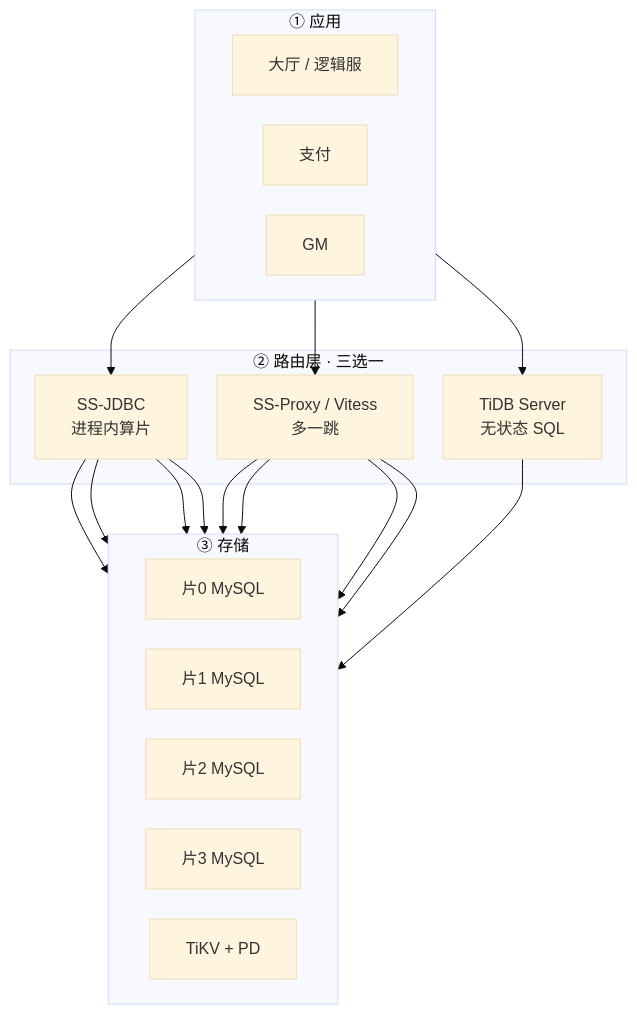
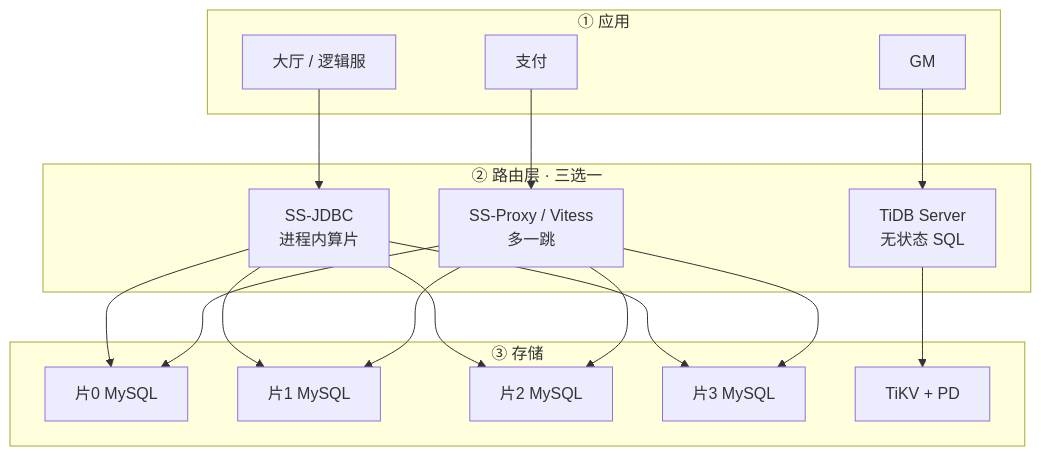
One commit to ml-cuizijun/LearnToLilith changed the second of 6 diagrams in 02-中间件与数据库/07-分库分表与中间件/知识点.md. Above: the diagram before and after it, drawn with Mermaid. The commit also changed other lines of this file and 178 other files, not shown here.

````diff
--- a/02-中间件与数据库/07-分库分表与中间件/知识点.md
+++ b/02-中间件与数据库/07-分库分表与中间件/知识点.md
@@ -104,44 +75,32 @@
 ```mermaid
-%%{init: {"flowchart": {"padding": 18, "nodeSpacing": 30, "rankSpacing": 50}, "theme": "base"}}%%
 flowchart TB
     subgraph app ["① 应用"]
-        direction LR
         hall[大厅 / 逻辑服]
         pay[支付]
         gm[GM]
     end
-
     subgraph mw ["② 路由层 · 三选一"]
         jdbc["SS-JDBC<br/>进程内算片"]
         proxy["SS-Proxy / Vitess<br/>多一跳"]
         tidb["TiDB Server<br/>无状态 SQL"]
     end
-
     subgraph store ["③ 存储"]
-        direction LR
         s0["片0 MySQL"]
         s1["片1 MySQL"]
         s2["片2 MySQL"]
         s3["片3 MySQL"]
         tikv["TiKV + PD"]
     end
-
     hall --> jdbc
     pay --> proxy
     gm --> tidb
     jdbc --> s0
     jdbc --> s1
     jdbc --> s2
     jdbc --> s3
     proxy --> s0
     proxy --> s1
     proxy --> s2
     proxy --> s3
     tidb --> tikv
-
-    class hall,pay,gm client
-    class jdbc,proxy,tidb mwC
-    class s0,s1,s2,s3 shard
-    class tikv dist
-
 ```
````
